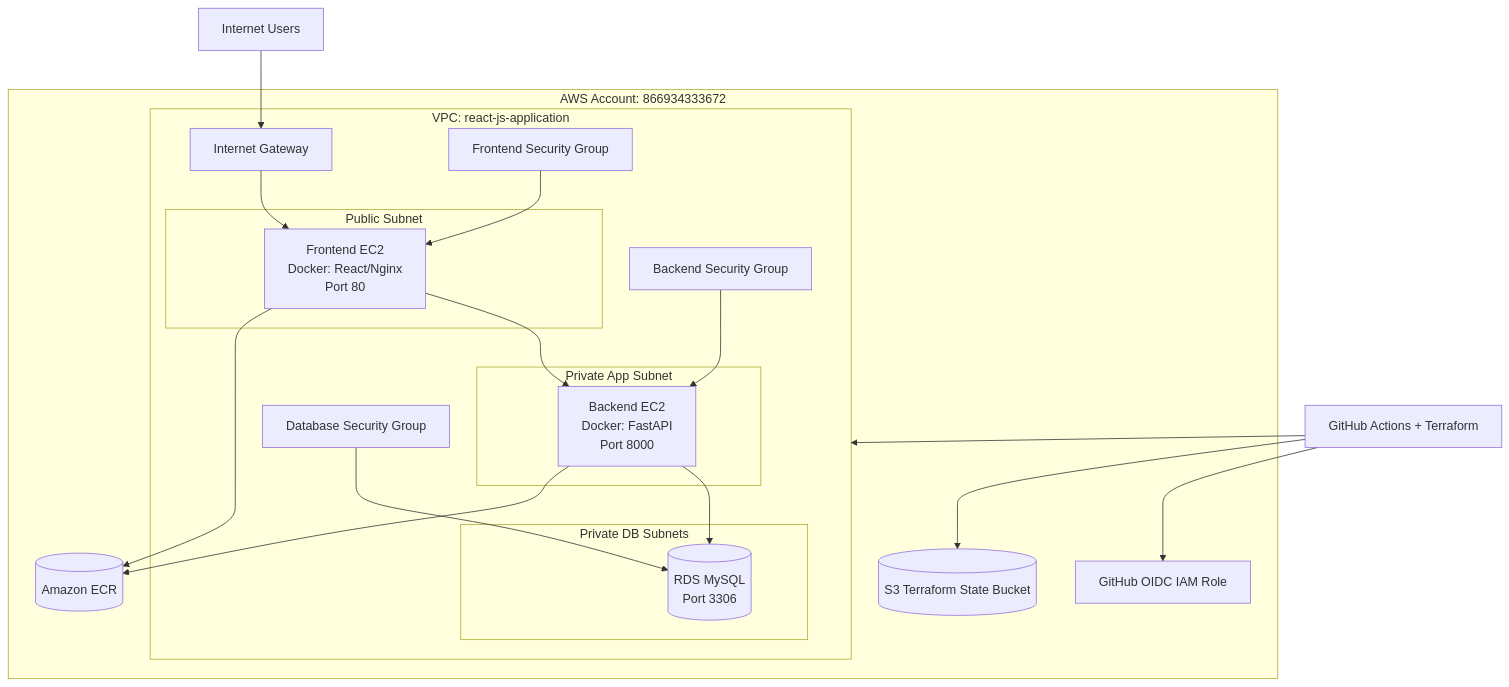
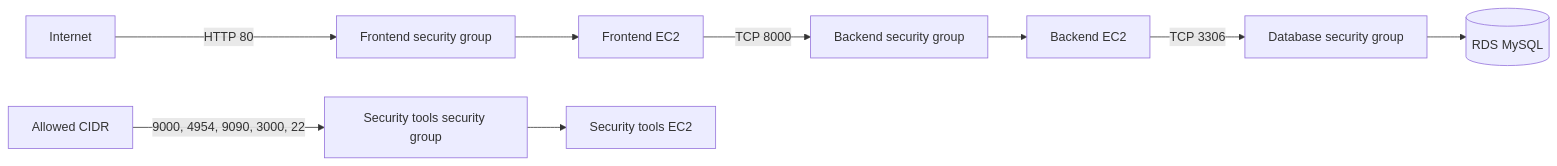
Before and after one commit to Olalekog/todo-3tier-app: the second of 6 diagrams in README.md, drawn with Mermaid. The commit also changed other lines of this file, not shown here.

````diff
--- a/README.md
+++ b/README.md
@@ -163,45 +120,14 @@
 ```mermaid
-flowchart TB
-    subgraph AWS[AWS Account: 866934333672]
-        subgraph VPC[VPC: react-js-application]
-            IGW[Internet Gateway]
+flowchart LR
+    Internet[Internet] -->|HTTP 80| FrontendSG[Frontend security group]
+    FrontendSG --> FE[Frontend EC2]
 
-            subgraph PublicSubnet[Public Subnet]
-                Frontend[Frontend EC2<br/>Docker: React/Nginx<br/>Port 80]
-            end
+    FE -->|TCP 8000| BackendSG[Backend security group]
+    BackendSG --> BE[Backend EC2]
 
-            subgraph PrivateAppSubnet[Private App Subnet]
-                Backend[Backend EC2<br/>Docker: FastAPI<br/>Port 8000]
-            end
+    BE -->|TCP 3306| DatabaseSG[Database security group]
+    DatabaseSG --> RDS[(RDS MySQL)]
 
-            subgraph PrivateDBSubnet[Private DB Subnets]
-                DB[(RDS MySQL<br/>Port 3306)]
-            end
-
-            FrontendSG[Frontend Security Group]
-            BackendSG[Backend Security Group]
-            DatabaseSG[Database Security Group]
-        end
-
-        ECR[(Amazon ECR)]
-        S3[(S3 Terraform State Bucket)]
-        IAM[GitHub OIDC IAM Role]
-    end
-
-    Internet[Internet Users] --> IGW
-    IGW --> Frontend
-    FrontendSG --> Frontend
-
-    Frontend --> Backend
-    BackendSG --> Backend
-
-    Backend --> DB
-    DatabaseSG --> DB
-
-    Frontend --> ECR
-    Backend --> ECR
-
-    Terraform[GitHub Actions + Terraform] --> IAM
-    Terraform --> S3
-    Terraform --> VPC
+    Admin[Allowed CIDR] -->|9000, 4954, 9090, 3000, 22| ToolsSG[Security tools security group]
+    ToolsSG --> Tools[Security tools EC2]
 ```
````
